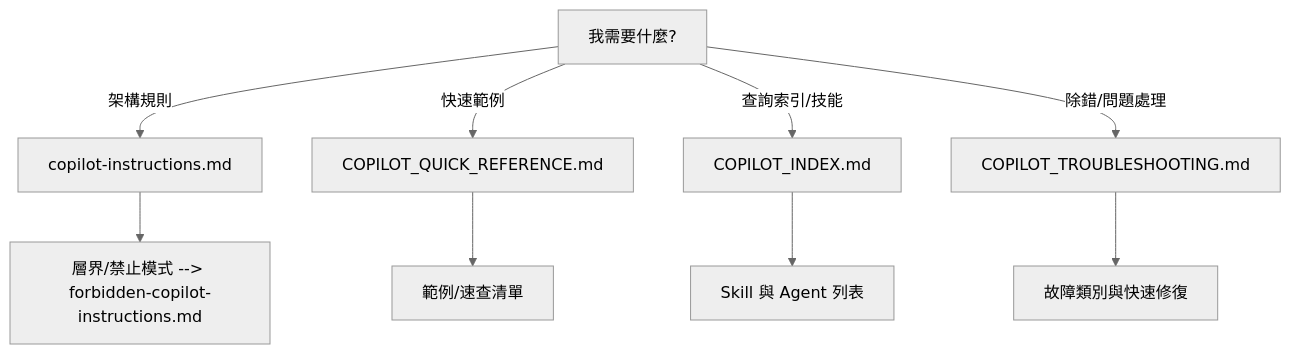
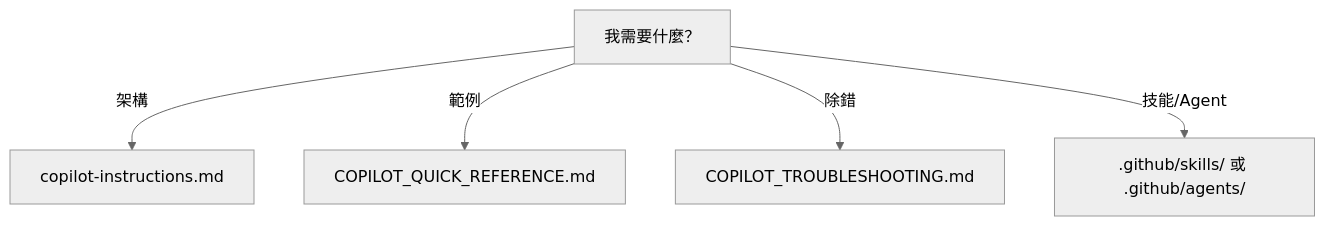
The diagram in .github/COPILOT_INDEX.md (7Spade/Black-Tortoise), drawn with Mermaid (neutral theme) before and after one commit. The commit also changed other lines of this file and 2 other files, not shown here.

Commit message:
refactor: 精簡 Copilot 故障排查與快速參考文檔，增強可讀性與使用效率

````diff
--- a/.github/COPILOT_INDEX.md
+++ b/.github/COPILOT_INDEX.md
@@ -19,11 +27,8 @@
 ```mermaid
 flowchart TD
-	A[我需要什麼?] -->|架構規則| B[copilot-instructions.md]
-	A -->|快速範例| C[COPILOT_QUICK_REFERENCE.md]
-	A -->|查詢索引/技能| D[COPILOT_INDEX.md]
-	A -->|除錯/問題處理| E[COPILOT_TROUBLESHOOTING.md]
-	B --> F[層界/禁止模式 --> forbidden-copilot-instructions.md]
-	C --> G[範例/速查清單]
-	D --> H[Skill 與 Agent 列表]
-	E --> I[故障類別與快速修復]
+	Need[我需要什麼？]
+	Need -->|架構| A[copilot-instructions.md]
+	Need -->|範例| B[COPILOT_QUICK_REFERENCE.md]
+	Need -->|除錯| C[COPILOT_TROUBLESHOOTING.md]
+	Need -->|技能/Agent| D[.github/skills/ 或 .github/agents/]
 ```
````
